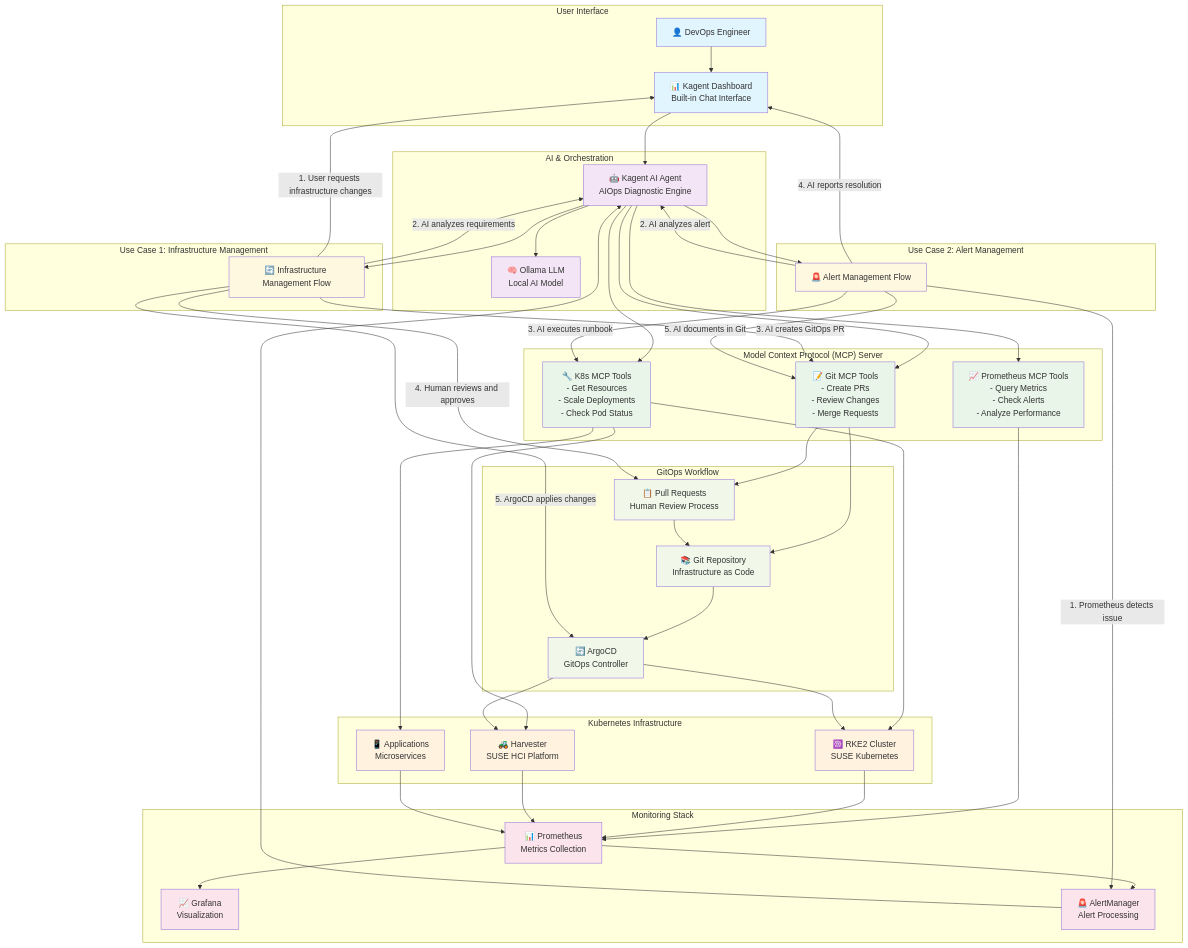
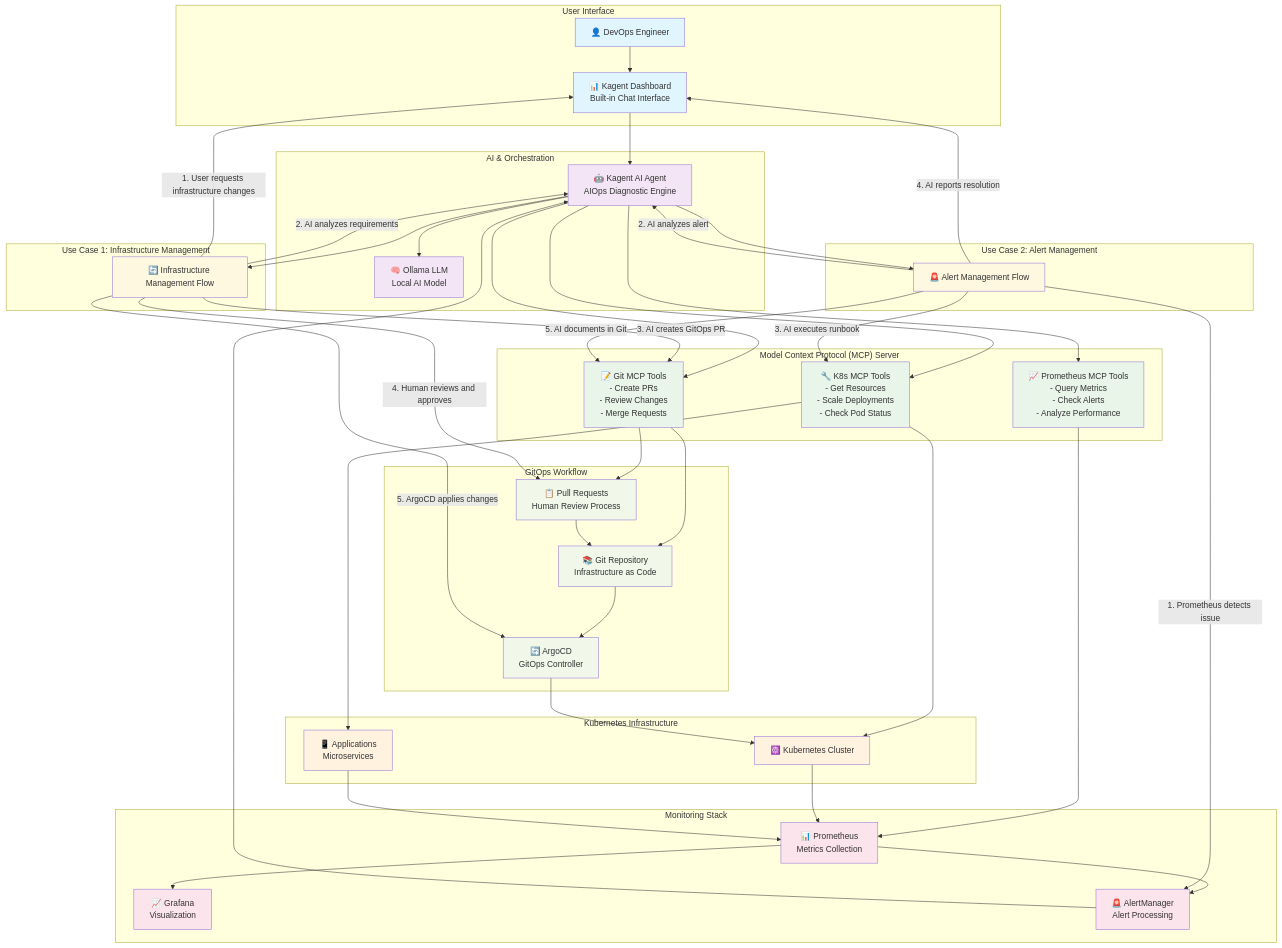
Before and after one commit to devenkulkarni/CFP-kagent: the diagram in usecase-diagram.md, drawn with Mermaid. The commit also changed other lines of this file and 9 other files, not shown here.

```diff
--- a/usecase-diagram.md
+++ b/usecase-diagram.md
@@ -25,8 +25,7 @@
 
     %% Infrastructure Layer
     subgraph "Kubernetes Infrastructure"
-        RKE2[☸️ RKE2 Cluster<br/>SUSE Kubernetes]
-        Harvester[🚜 Harvester<br/>SUSE HCI Platform]
+        K8s[☸️ Kubernetes Cluster]
         Apps[📱 Applications<br/>Microservices]
     end
 
@@ -65,15 +64,13 @@
     Kagent --> MCP_Prometheus
 
     %% MCP to Infrastructure
-    MCP_K8s --> RKE2
-    MCP_K8s --> Harvester
+    MCP_K8s --> K8s
     MCP_K8s --> Apps
     MCP_Prometheus --> Prometheus
     MCP_Git --> GitRepo
 
     %% Monitoring Flow
-    RKE2 --> Prometheus
-    Harvester --> Prometheus
+    K8s --> Prometheus
     Apps --> Prometheus
     Prometheus --> Grafana
     Prometheus --> Alerts
@@ -81,8 +78,7 @@
 
     %% GitOps Flow
     GitRepo --> ArgoCD
-    ArgoCD --> RKE2
-    ArgoCD --> Harvester
+    ArgoCD --> K8s
     MCP_Git --> PR
     PR --> GitRepo
 
@@ -116,7 +112,7 @@
     class User,Dashboard userInterface
     class Kagent,Ollama aiLayer
     class MCP_K8s,MCP_Git,MCP_Prometheus mcpLayer
-    class RKE2,Harvester,Apps infrastructure
+    class K8s,Apps infrastructure
     class Prometheus,Grafana,Alerts monitoring
     class GitRepo,ArgoCD,PR gitops
     class UC1_Flow,UC2_Flow usecase
```
